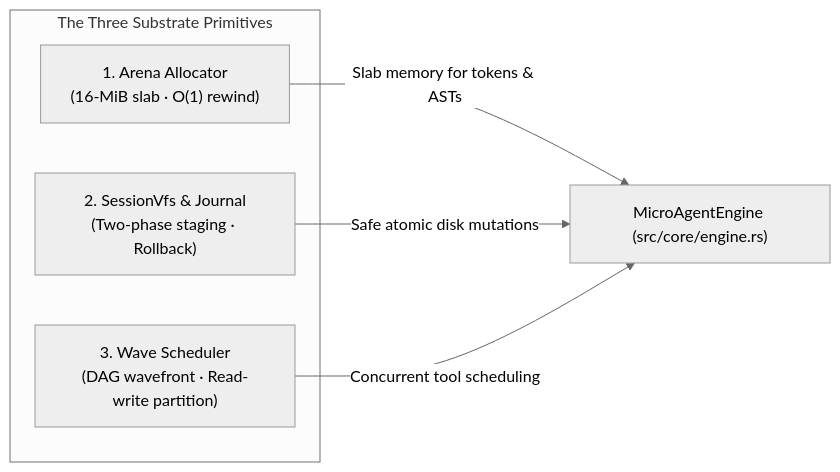
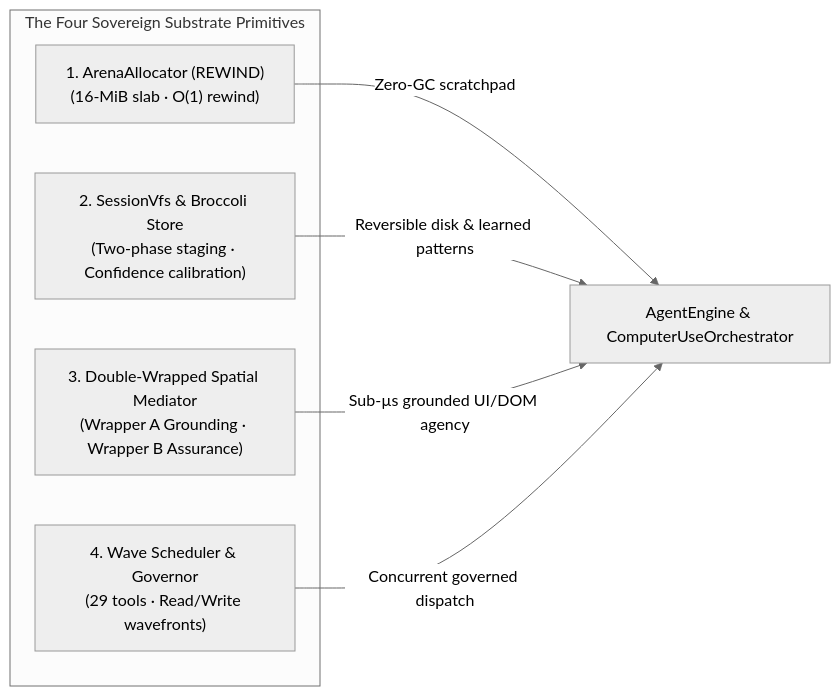
The diagram in docs/PORTABLE_TRINITY.md (CardSorting/HEAV3NS-MICRO), drawn with Mermaid (neutral theme) before and after one commit. The commit also changed other lines of this file and 116 other files, not shown here.

````diff
--- a/docs/PORTABLE_TRINITY.md
+++ b/docs/PORTABLE_TRINITY.md
@@ -22,12 +24,14 @@
 ```mermaid
 flowchart LR
-  subgraph Trinity ["The Three Substrate Primitives"]
-    ARENA["1. Arena Allocator<br/>(16-MiB slab · O(1) rewind)"]
-    VFS["2. SessionVfs & Journal<br/>(Two-phase staging · Rollback)"]
-    WAVE["3. Wave Scheduler<br/>(DAG wavefront · Read-write partition)"]
+  subgraph Primitives ["The Four Sovereign Substrate Primitives"]
+    ARENA["1. ArenaAllocator (REWIND)<br/>(16-MiB slab · O(1) rewind)"]
+    VFS["2. SessionVfs & Broccoli Store<br/>(Two-phase staging · Confidence calibration)"]
+    SPATIAL["3. Double-Wrapped Spatial Mediator<br/>(Wrapper A Grounding · Wrapper B Assurance)"]
+    WAVE["4. Wave Scheduler & Governor<br/>(29 tools · Read/Write wavefronts)"]
   end
 
-  ARENA -->|"Slab memory for tokens & ASTs"| ENGINE["MicroAgentEngine (src/core/engine.rs)"]
-  VFS -->|"Safe atomic disk mutations"| ENGINE
-  WAVE -->|"Concurrent tool scheduling"| ENGINE
+  ARENA -->|"Zero-GC scratchpad"| ENGINE["AgentEngine & ComputerUseOrchestrator"]
+  VFS -->|"Reversible disk & learned patterns"| ENGINE
+  SPATIAL -->|"Sub-µs grounded UI/DOM agency"| ENGINE
+  WAVE -->|"Concurrent governed dispatch"| ENGINE
 ```
````
